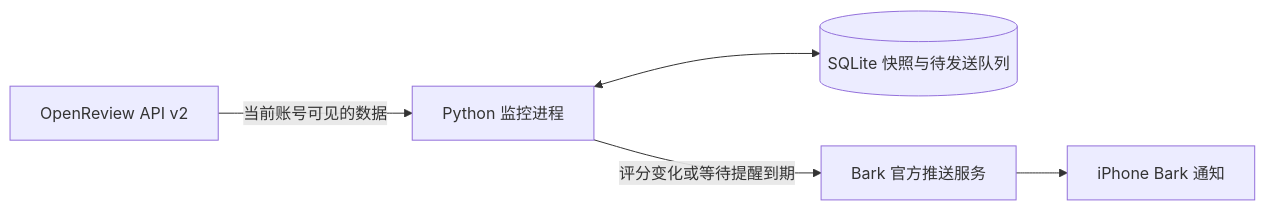
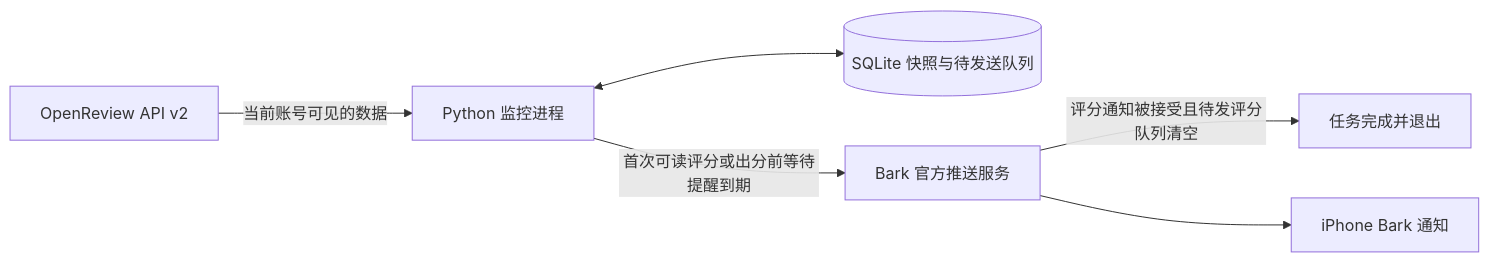
One commit to cristianhtvc/iclr-alert changed the diagram in README.md. Above: the diagram before and after it, drawn with Mermaid. The commit also changed other lines of this file and 9 other files, not shown here.

````diff
--- a/README.md
+++ b/README.md
@@ -30,7 +30,8 @@
 ```mermaid
 flowchart LR
     A[OpenReview API v2] -->|当前账号可见的数据| B[Python 监控进程]
     B <--> C[(SQLite 快照与待发送队列)]
-    B -->|评分变化或等待提醒到期| D[Bark 官方推送服务]
+    B -->|首次可读评分或出分前等待提醒到期| D[Bark 官方推送服务]
+    D -->|评分通知被接受且待发评分队列清空| F[任务完成并退出]
     D --> E[iPhone Bark 通知]
 ```
````
